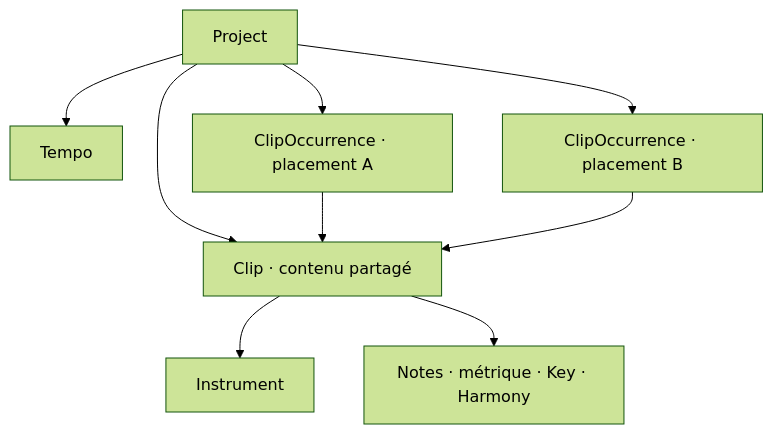
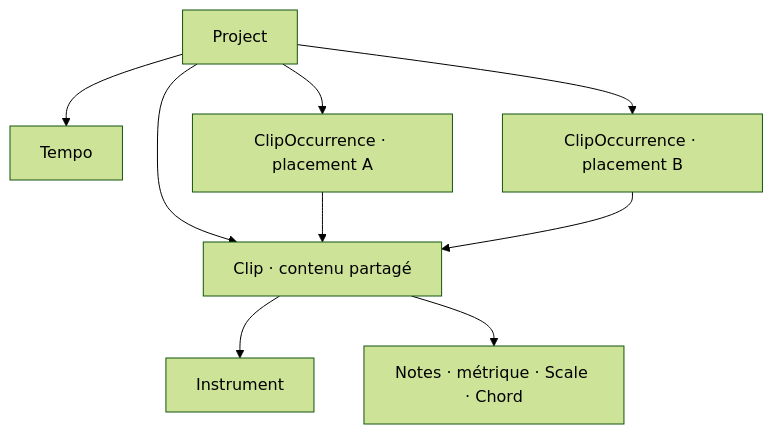
Before and after one commit to LucasBertrand/pianola-doc: the second of 4 diagrams in architecture.md, drawn with Mermaid (forest theme). The commit also changed other lines of this file, not shown here.

Commit message:
Replace key and harmony with scale and chord contexts

````diff
--- a/architecture.md
+++ b/architecture.md
@@ -81,11 +81,11 @@
 ```mermaid
 flowchart TD
     Project --> Tempo
     Project --> Clip["Clip · contenu partagé"]
     Project --> OccA["ClipOccurrence · placement A"]
     Project --> OccB["ClipOccurrence · placement B"]
     OccA --> Clip
     OccB --> Clip
     Clip --> Instrument
-    Clip --> Content["Notes · métrique · Key · Harmony"]
+    Clip --> Content["Notes · métrique · Scale · Chord"]
 ```
````
